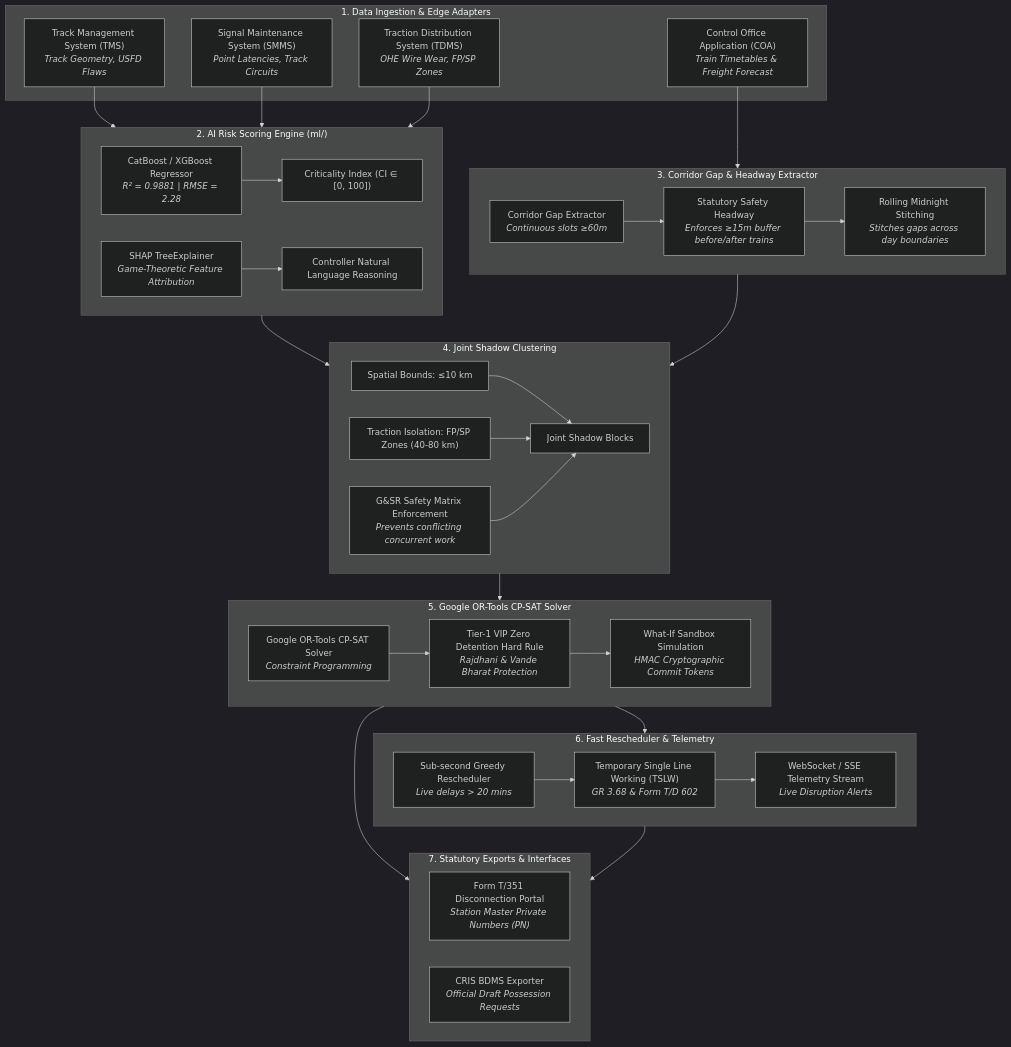
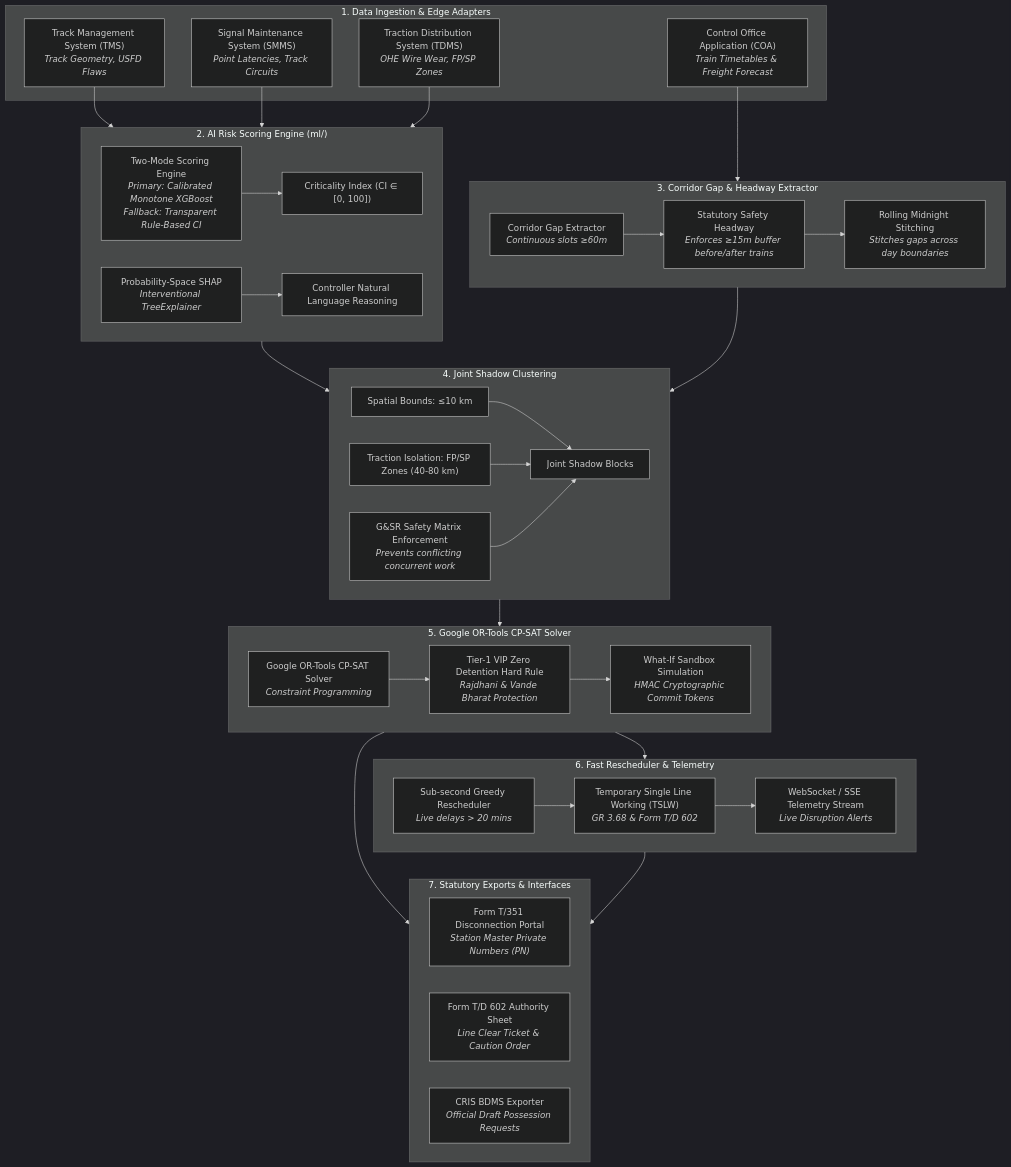
The diagram in README.md (Santo29SL/SIH26-RailBlock), drawn with Mermaid (dark theme) before and after one commit. The commit also changed other lines of this file and 42 other files, not shown here.

Commit message:
feat(ml,docs,backend): implement verified ML engineering patterns, probability-space SHAP, and sync all specs

````diff
--- a/README.md
+++ b/README.md
@@ -23,56 +23,58 @@
 ```mermaid
 flowchart TD
     subgraph DATA_SOURCES ["1. Data Ingestion & Edge Adapters"]
         TMS["Track Management System (TMS)<br/><i>Track Geometry, USFD Flaws</i>"]
         SMMS["Signal Maintenance System (SMMS)<br/><i>Point Latencies, Track Circuits</i>"]
         TDMS["Traction Distribution System (TDMS)<br/><i>OHE Wire Wear, FP/SP Zones</i>"]
         COA["Control Office Application (COA)<br/><i>Train Timetables & Freight Forecast</i>"]
     end
 
     subgraph STAGE2 ["2. AI Risk Scoring Engine (ml/)"]
-        ML_MODEL["CatBoost / XGBoost Regressor<br/><i>R² = 0.9881 | RMSE = 2.28</i>"]
-        SHAP_ENGINE["SHAP TreeExplainer<br/><i>Game-Theoretic Feature Attribution</i>"]
-        ML_MODEL --> CI["Criticality Index (CI ∈ [0, 100])"]
+        TWO_MODE["Two-Mode Scoring Engine<br/><i>Primary: Calibrated Monotone XGBoost<br/>Fallback: Transparent Rule-Based CI</i>"]
+        SHAP_ENGINE["Probability-Space SHAP<br/><i>Interventional TreeExplainer</i>"]
+        TWO_MODE --> CI["Criticality Index (CI ∈ [0, 100])"]
         SHAP_ENGINE --> REASONING["Controller Natural Language Reasoning"]
     end
 
     subgraph STAGE3 ["3. Corridor Gap & Headway Extractor"]
         GAP["Corridor Gap Extractor<br/><i>Continuous slots ≥60m</i>"]
         HEADWAY["Statutory Safety Headway<br/><i>Enforces ≥15m buffer before/after trains</i>"]
         MIDNIGHT["Rolling Midnight Stitching<br/><i>Stitches gaps across day boundaries</i>"]
         GAP --> HEADWAY --> MIDNIGHT
     end
 
     subgraph STAGE4 ["4. Joint Shadow Clustering"]
         SPATIAL["Spatial Bounds: ≤10 km"]
         ELECTRICAL["Traction Isolation: FP/SP Zones (40-80 km)"]
         SAFETY_MATRIX["G&SR Safety Matrix Enforcement<br/><i>Prevents conflicting concurrent work</i>"]
         SPATIAL & ELECTRICAL & SAFETY_MATRIX --> SHADOW_BLOCKS["Joint Shadow Blocks"]
     end
 
     subgraph STAGE5 ["5. Google OR-Tools CP-SAT Solver"]
         OR_TOOLS["Google OR-Tools CP-SAT Solver<br/><i>Constraint Programming</i>"]
         HARD_CONSTRAINTS["Tier-1 VIP Zero Detention Hard Rule<br/><i>Rajdhani & Vande Bharat Protection</i>"]
         SIMULATOR["What-If Sandbox Simulation<br/><i>HMAC Cryptographic Commit Tokens</i>"]
         OR_TOOLS --> HARD_CONSTRAINTS --> SIMULATOR
     end
 
     subgraph STAGE6 ["6. Fast Rescheduler & Telemetry"]
         GREEDY["Sub-second Greedy Rescheduler<br/><i>Live delays > 20 mins</i>"]
         SLW["Temporary Single Line Working (TSLW)<br/><i>GR 3.68 & Form T/D 602</i>"]
         SSE["WebSocket / SSE Telemetry Stream<br/><i>Live Disruption Alerts</i>"]
         GREEDY --> SLW --> SSE
     end
 
     subgraph STAGE7 ["7. Statutory Exports & Interfaces"]
         T351["Form T/351 Disconnection Portal<br/><i>Station Master Private Numbers (PN)</i>"]
+        TD602["Form T/D 602 Authority Sheet<br/><i>Line Clear Ticket & Caution Order</i>"]
         BDMS["CRIS BDMS Exporter<br/><i>Official Draft Possession Requests</i>"]
+        T351 & TD602 & BDMS
     end
 
     TMS & SMMS & TDMS --> STAGE2
     COA --> STAGE3
     STAGE2 & STAGE3 --> STAGE4
     STAGE4 --> STAGE5
     STAGE5 --> STAGE6
     STAGE5 & STAGE6 --> STAGE7
 ```
````
